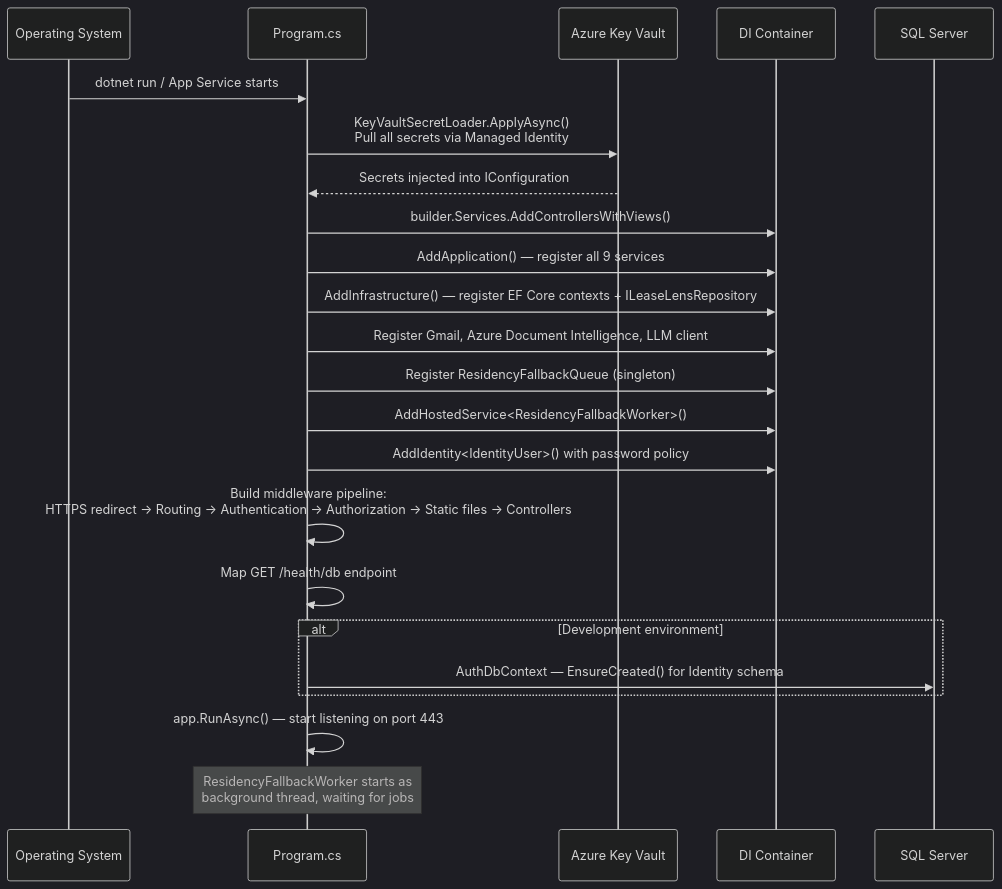
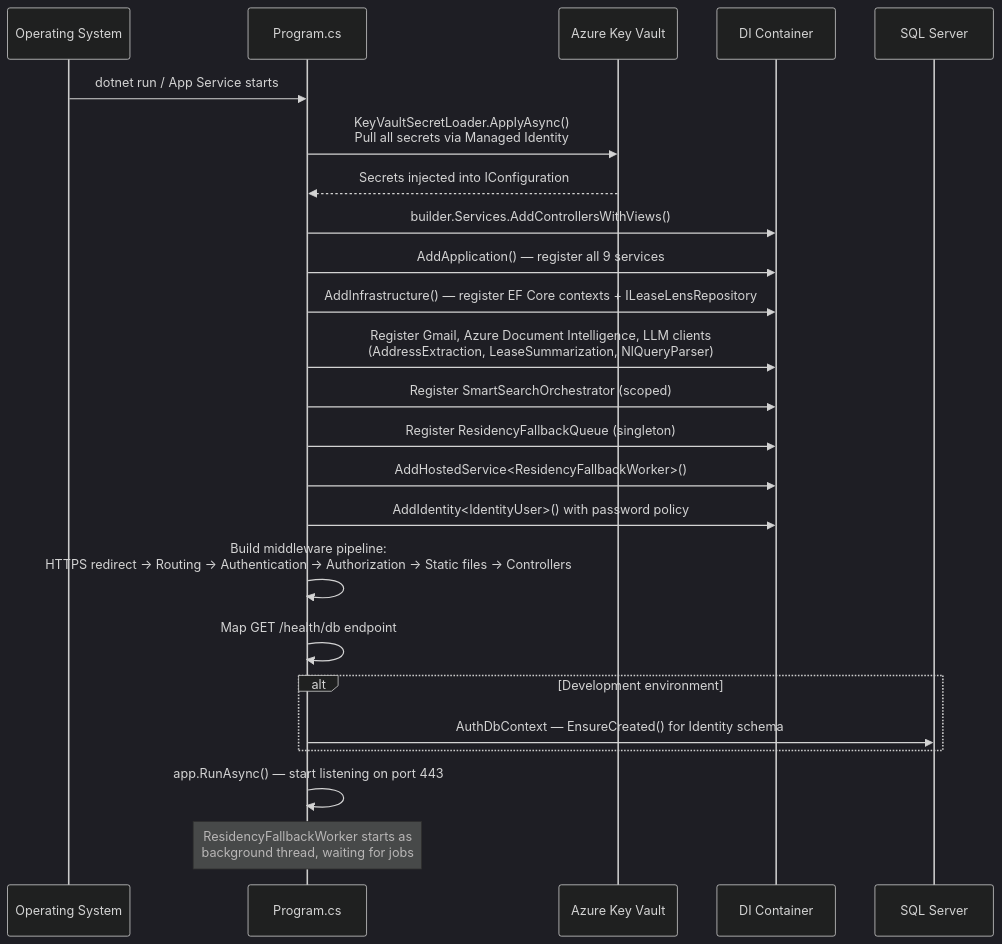
Diagram 28 of 28 in DOCUMENTATION.md (sirajusf/TenantLens), drawn with Mermaid (dark theme) before and after one commit. The commit also changed other lines of this file, not shown here.

First line of the commit message:
docs: update DOCUMENTATION.md for unified search, NL overhaul, and About page

````diff
--- a/DOCUMENTATION.md
+++ b/DOCUMENTATION.md
@@ -998,33 +1053,34 @@
 ```mermaid
 sequenceDiagram
     participant OS as Operating System
     participant Main as Program.cs
     participant KV as Azure Key Vault
     participant DI as DI Container
     participant DB as SQL Server
 
     OS->>Main: dotnet run / App Service starts
 
     Main->>KV: KeyVaultSecretLoader.ApplyAsync()<br/>Pull all secrets via Managed Identity
     KV-->>Main: Secrets injected into IConfiguration
 
     Main->>DI: builder.Services.AddControllersWithViews()
     Main->>DI: AddApplication() — register all 9 services
     Main->>DI: AddInfrastructure() — register EF Core contexts + ILeaseLensRepository
-    Main->>DI: Register Gmail, Azure Document Intelligence, LLM client
+    Main->>DI: Register Gmail, Azure Document Intelligence, LLM clients<br/>(AddressExtraction, LeaseSummarization, NlQueryParser)
+    Main->>DI: Register SmartSearchOrchestrator (scoped)
     Main->>DI: Register ResidencyFallbackQueue (singleton)
     Main->>DI: AddHostedService<ResidencyFallbackWorker>()
     Main->>DI: AddIdentity<IdentityUser>() with password policy
 
     Main->>Main: Build middleware pipeline:<br/>HTTPS redirect → Routing → Authentication → Authorization → Static files → Controllers
 
     Main->>Main: Map GET /health/db endpoint
 
     alt Development environment
         Main->>DB: AuthDbContext — EnsureCreated() for Identity schema
     end
 
     Main->>Main: app.RunAsync() — start listening on port 443
 
     Note over Main: ResidencyFallbackWorker starts as<br/>background thread, waiting for jobs
 ```
````
